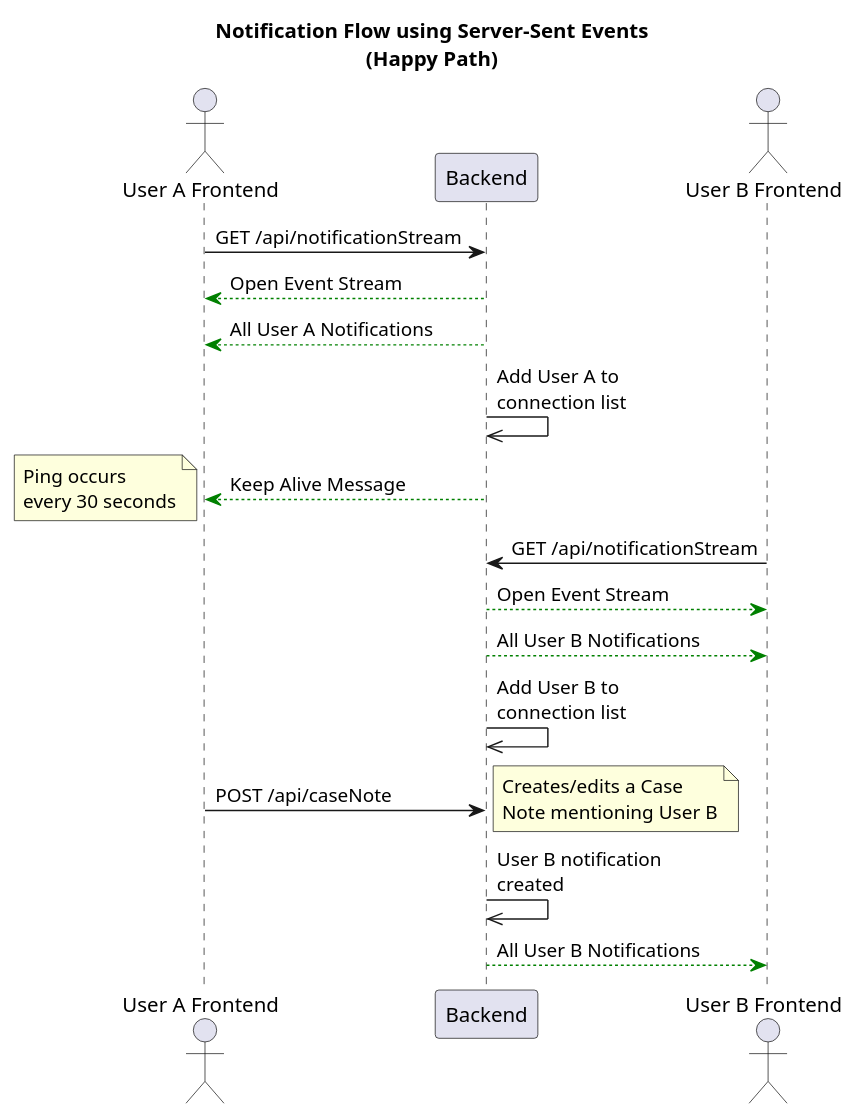
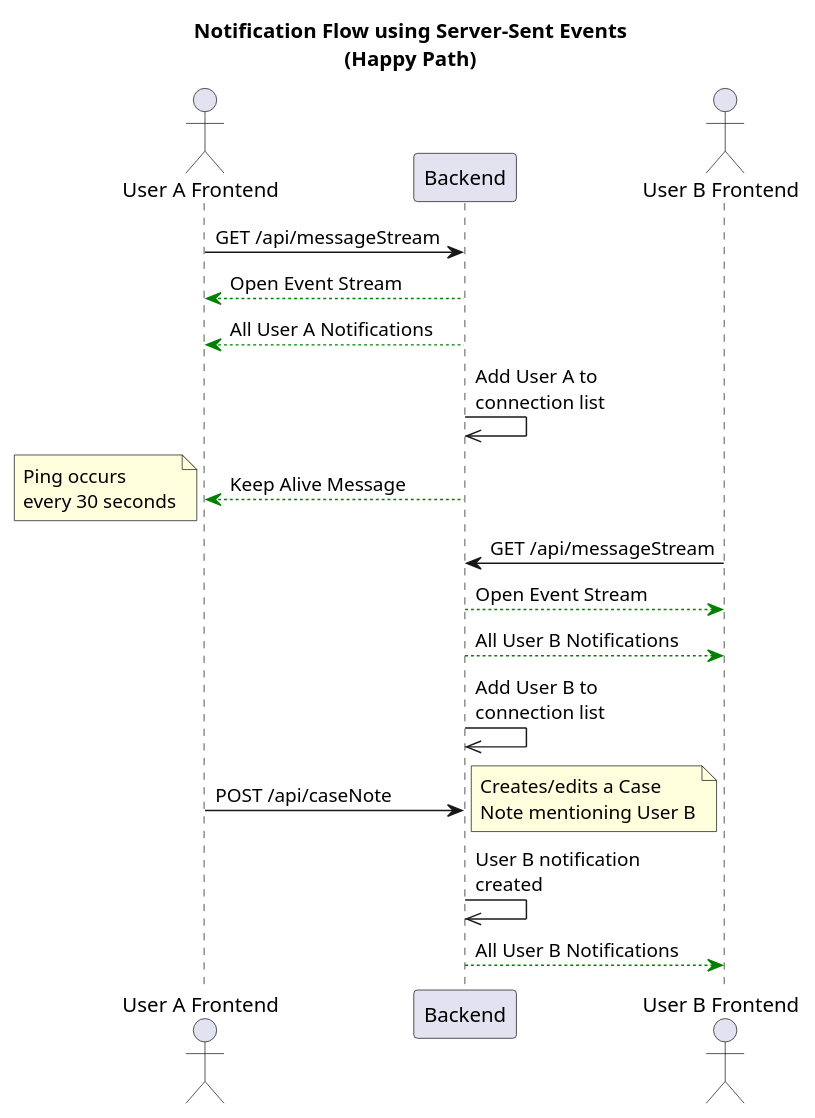
The diagram in resources/diagrams/notifications_flow.puml (PublicDataWorks/complaint-manager), drawn with PlantUML before and after one commit. The commit also changed 4 other files, not shown here.

Commit message:
Veronica [#172614696] generalize notification stream to message stream due to the versatility of the handler; can be used to send other messages to the client other than just notifications

```diff
--- a/resources/diagrams/notifications_flow.puml
+++ b/resources/diagrams/notifications_flow.puml
@@ -1,26 +1,26 @@
 @startuml
 title Notification Flow using Server-Sent Events\n(Happy Path)
 
 actor "User A Frontend"
 
-"User A Frontend" -> Backend: GET /api/notificationStream
+"User A Frontend" -> Backend: GET /api/messageStream
 Backend -[#green]-> "User A Frontend": Open Event Stream
 Backend -[#green]-> "User A Frontend": All User A Notifications
 Backend ->> Backend: Add User A to\nconnection list
 
 Backend -[#green]-> "User A Frontend": Keep Alive Message
 note left: Ping occurs\nevery 30 seconds
 
 actor "User B Frontend"
 
-"User B Frontend" -> Backend: GET /api/notificationStream
+"User B Frontend" -> Backend: GET /api/messageStream
 Backend -[#green]-> "User B Frontend": Open Event Stream
 Backend -[#green]-> "User B Frontend": All User B Notifications
 Backend ->> Backend: Add User B to\nconnection list
 
 "User A Frontend" -> Backend: POST /api/caseNote
 note right: Creates/edits a Case\nNote mentioning User B
 Backend ->> Backend: User B notification \ncreated
 Backend -[#green]-> "User B Frontend": All User B Notifications
 
 @enduml
```
